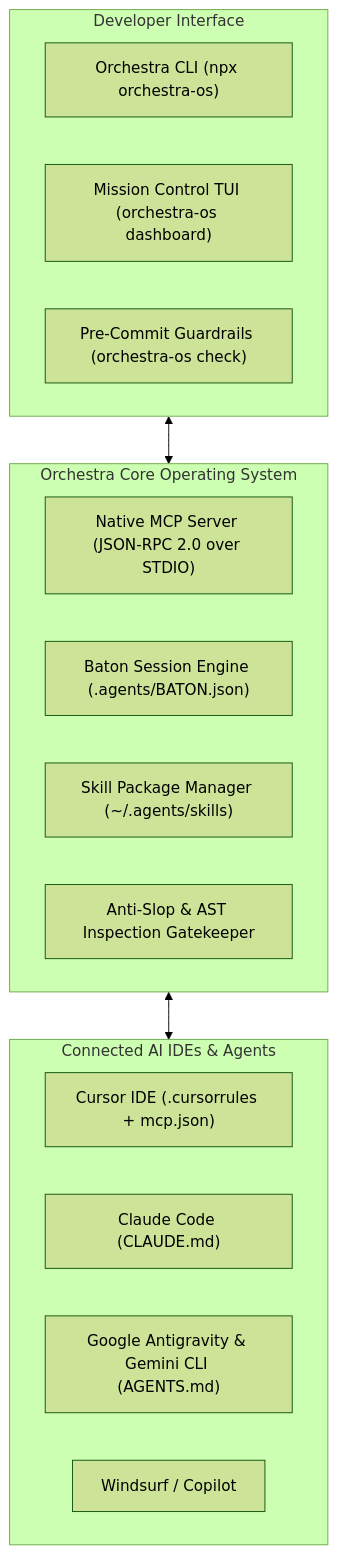
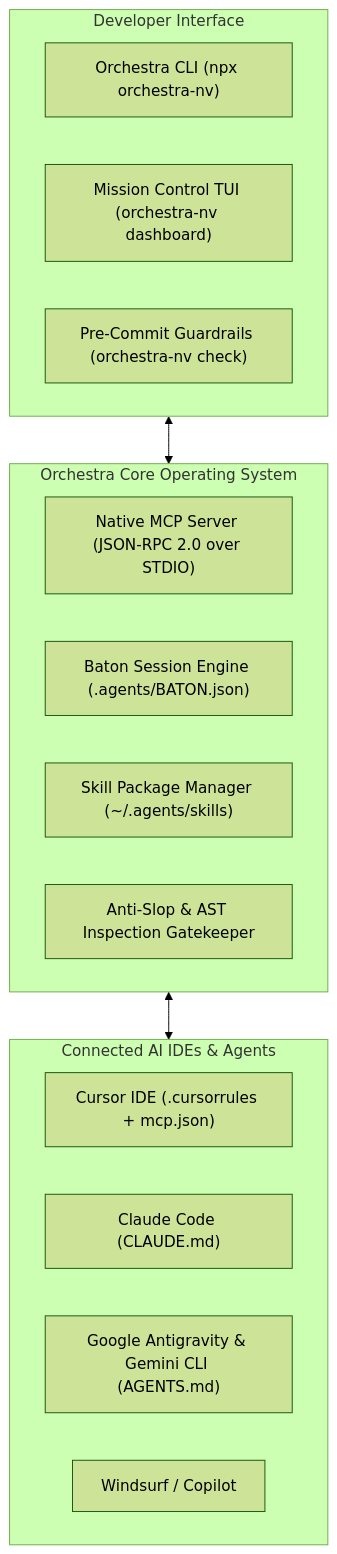
Before and after one commit to ReyCannavaro/orchestra: the diagram in README.md, drawn with Mermaid (forest theme). The commit also changed other lines of this file and 5 other files, not shown here.

````diff
--- a/README.md
+++ b/README.md
@@ -89,25 +89,25 @@
 ```mermaid
 flowchart TD
     subgraph Human["Developer Interface"]
-        CLI["Orchestra CLI (npx orchestra-os)"]
-        TUI["Mission Control TUI (orchestra-os dashboard)"]
-        GitHooks["Pre-Commit Guardrails (orchestra-os check)"]
+        CLI["Orchestra CLI (npx orchestra-nv)"]
+        TUI["Mission Control TUI (orchestra-nv dashboard)"]
+        GitHooks["Pre-Commit Guardrails (orchestra-nv check)"]
     end
 
     subgraph CoreEngine["Orchestra Core Operating System"]
         MCP["Native MCP Server (JSON-RPC 2.0 over STDIO)"]
         Baton["Baton Session Engine (.agents/BATON.json)"]
         Registry["Skill Package Manager (~/.agents/skills)"]
         Scanner["Anti-Slop & AST Inspection Gatekeeper"]
     end
 
     subgraph AIEditors["Connected AI IDEs & Agents"]
         Cursor["Cursor IDE (.cursorrules + mcp.json)"]
         Claude["Claude Code (CLAUDE.md)"]
         Antigravity["Google Antigravity & Gemini CLI (AGENTS.md)"]
         Windsurf["Windsurf / Copilot"]
     end
 
     Human <--> CoreEngine
     CoreEngine <--> AIEditors
 ```
````
